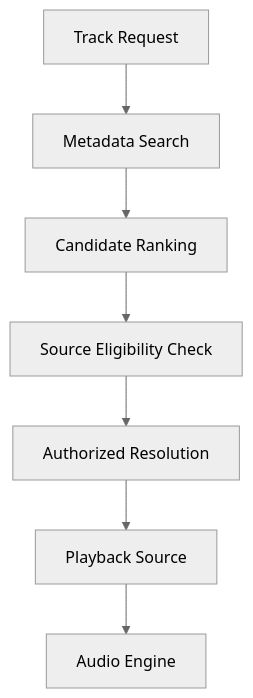
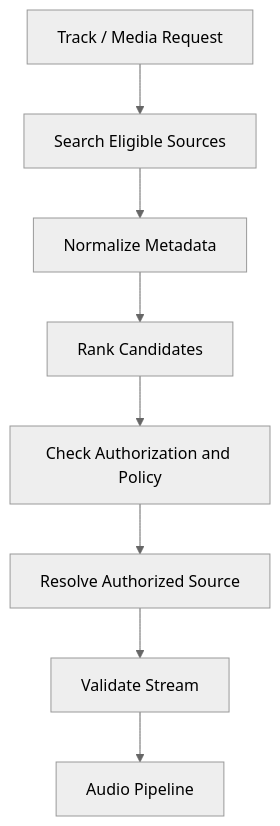
One commit to NICK-FURY-6023/NEXORA changed the third of 3 diagrams in README.md. Above: the diagram before and after it, drawn with Mermaid (neutral theme). The commit also changed other lines of this file, not shown here.

````diff
--- a/README.md
+++ b/README.md
@@ -442,9 +419,10 @@
-``` mermaid
+```mermaid
 flowchart TD
-    A["Track Request"] --> B["Metadata Search"]
-    B --> C["Candidate Ranking"]
-    C --> D["Source Eligibility Check"]
-    D --> E["Authorized Resolution"]
-    E --> F["Playback Source"]
-    F --> G["Audio Engine"]
+    A["Track / Media Request"] --> B["Search Eligible Sources"]
+    B --> C["Normalize Metadata"]
+    C --> D["Rank Candidates"]
+    D --> E["Check Authorization and Policy"]
+    E --> F["Resolve Authorized Source"]
+    F --> G["Validate Stream"]
+    G --> H["Audio Pipeline"]
 ```
````
